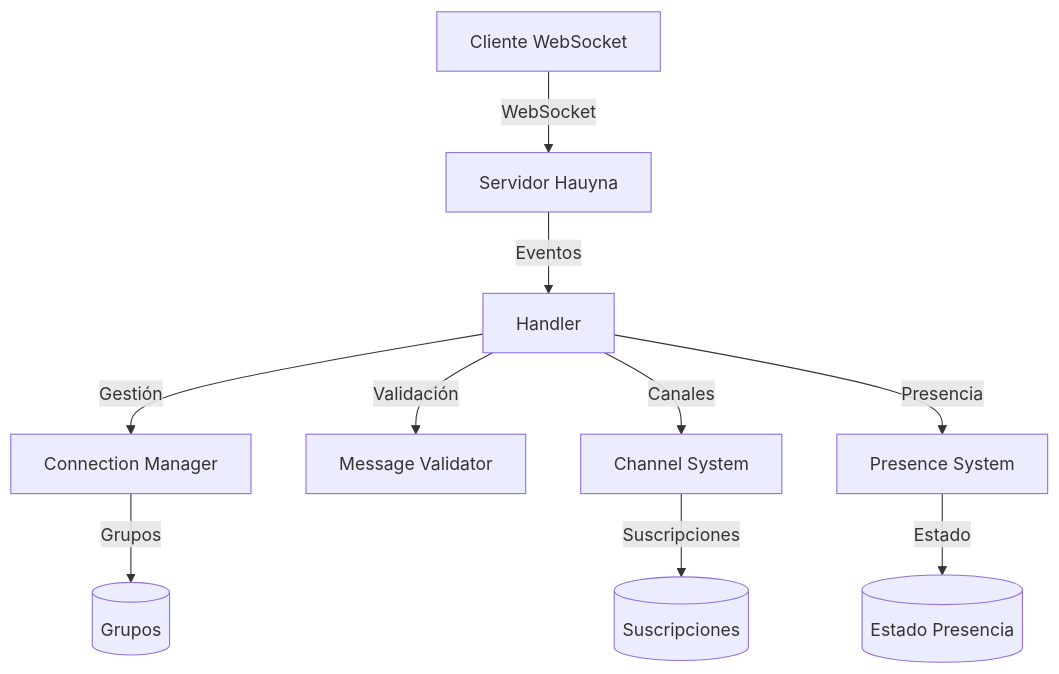
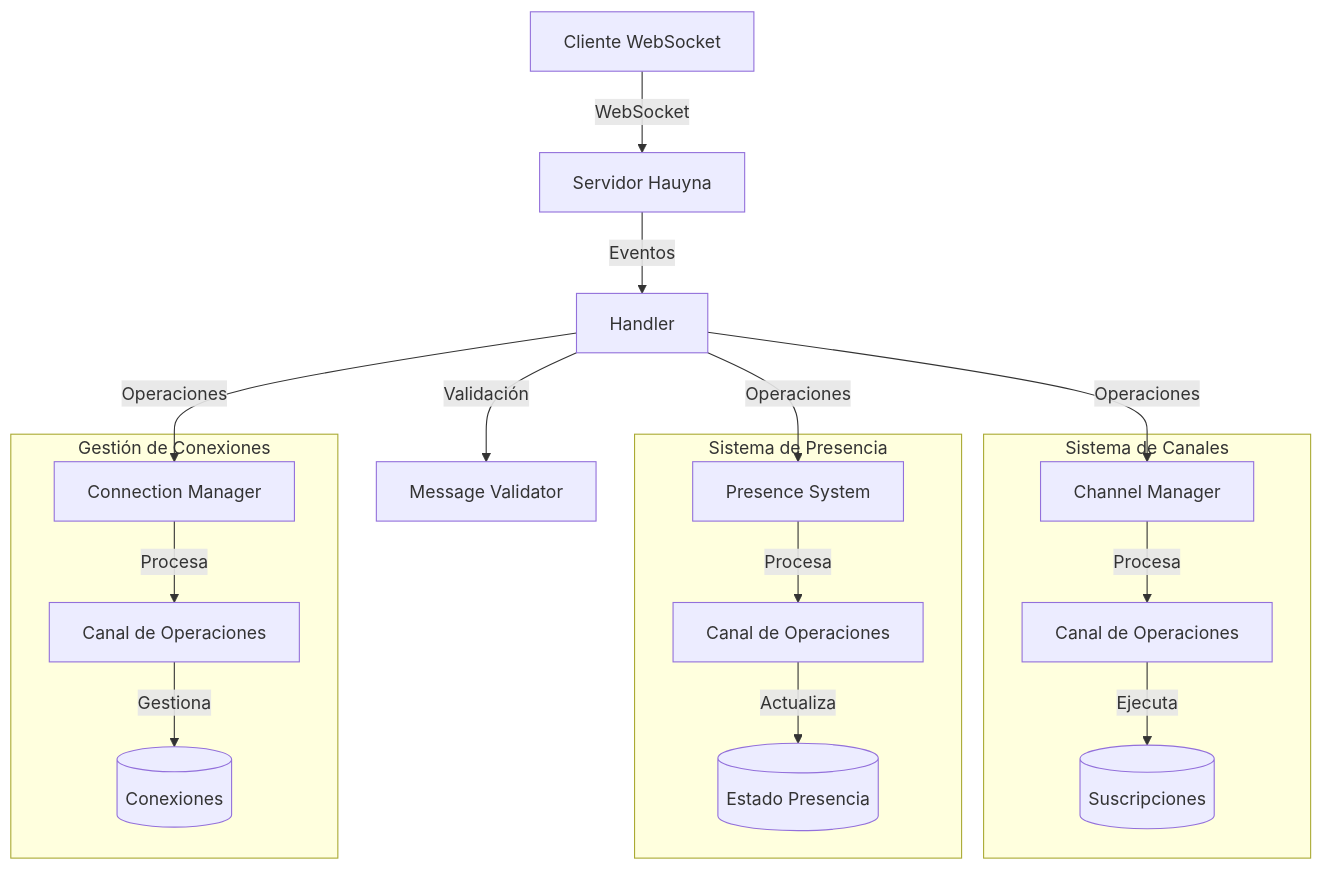
Before and after one commit to Hauyna/hauyna-web-socket: the first of 3 diagrams in README.md, drawn with Mermaid. The commit also changed other lines of this file and 4 other files, not shown here.

````diff
--- a/README.md
+++ b/README.md
@@ -106,13 +125,24 @@
 ```mermaid
 graph TB
     Client[Cliente WebSocket] -->|WebSocket| Server[Servidor Hauyna]
     Server -->|Eventos| Handler[Handler]
-    Handler -->|Gestión| ConnectionManager[Connection Manager]
+    Handler -->|Operaciones| ChannelManager[Channel Manager]
     Handler -->|Validación| MessageValidator[Message Validator]
-    Handler -->|Canales| Channel[Channel System]
-    Handler -->|Presencia| Presence[Presence System]
+    Handler -->|Operaciones| PresenceSystem[Presence System]
+    Handler -->|Operaciones| ConnectionManager[Connection Manager]
     
-    ConnectionManager -->|Grupos| Groups[(Grupos)]
-    Channel -->|Suscripciones| Subscriptions[(Suscripciones)]
-    Presence -->|Estado| PresenceState[(Estado Presencia)]
+    subgraph "Sistema de Canales"
+        ChannelManager -->|Procesa| ChannelOps[Canal de Operaciones]
+        ChannelOps -->|Ejecuta| Subscriptions[(Suscripciones)]
+    end
+    
+    subgraph "Sistema de Presencia"
+        PresenceSystem -->|Procesa| PresenceOps[Canal de Operaciones]
+        PresenceOps -->|Actualiza| PresenceState[(Estado Presencia)]
+    end
+    
+    subgraph "Gestión de Conexiones"
+        ConnectionManager -->|Procesa| ConnectionOps[Canal de Operaciones]
+        ConnectionOps -->|Gestiona| Connections[(Conexiones)]
+    end
 ```
````
